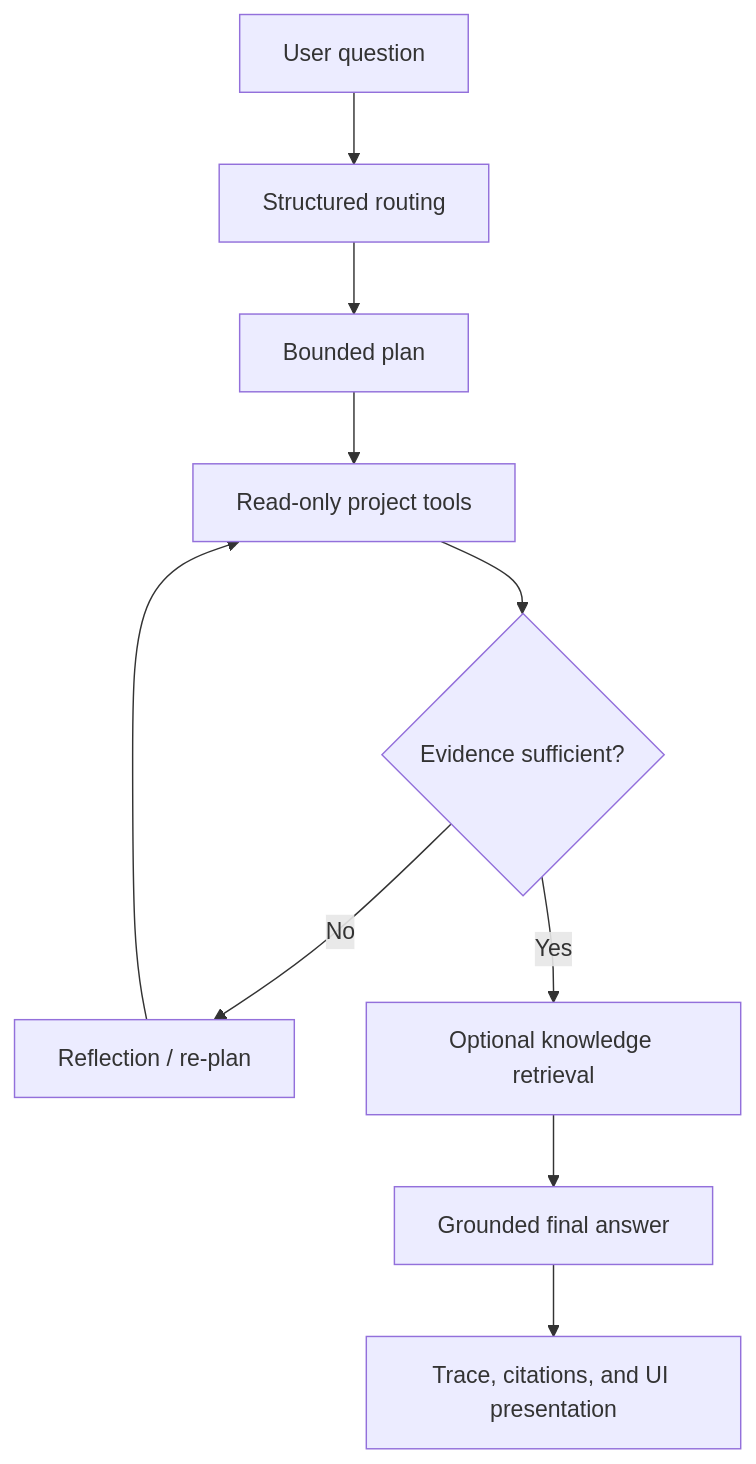
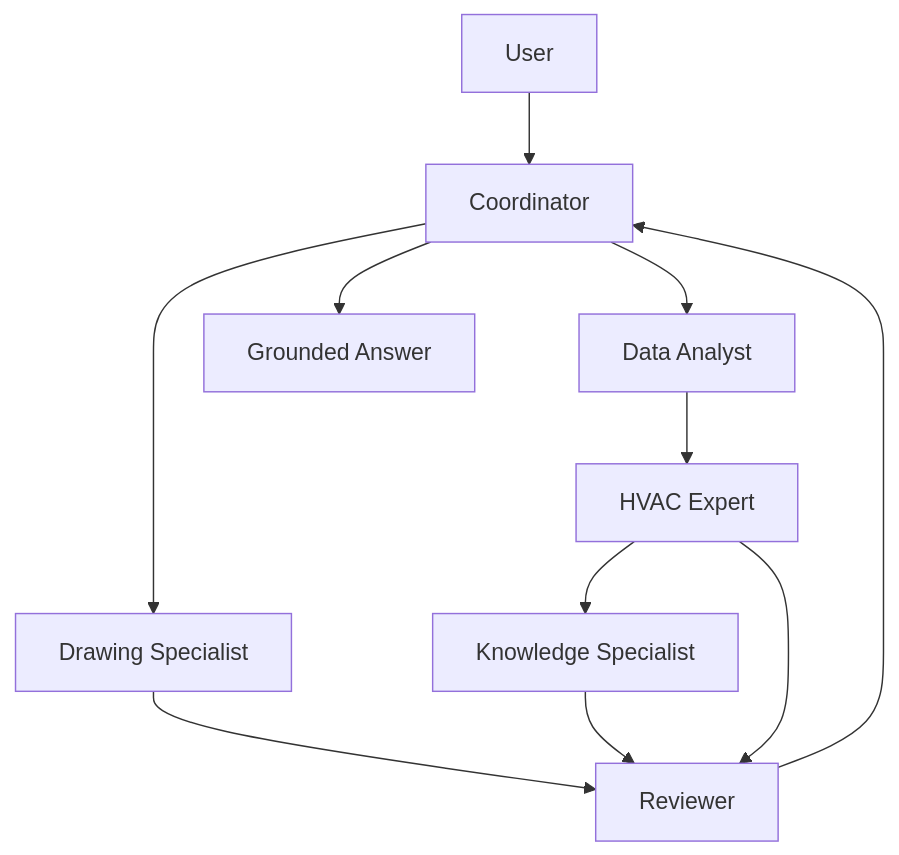
The second of 3 diagrams in README.md (KaedeharaT/hvac-ai-analyzer), drawn with Mermaid before and after one commit. The commit also changed other lines of this file and 10 other files, not shown here.

````diff
--- a/README.md
+++ b/README.md
@@ -97,12 +115,13 @@
 ```mermaid
 flowchart TD
-    Q[User question] --> R[Structured routing]
-    R --> P[Bounded plan]
-    P --> T[Read-only project tools]
-    T --> E{Evidence sufficient?}
-    E -- No --> X[Reflection / re-plan]
-    X --> T
-    E -- Yes --> K[Optional knowledge retrieval]
-    K --> A[Grounded final answer]
-    A --> O[Trace, citations, and UI presentation]
+    U[User] --> C[Coordinator]
+    C --> D[Data Analyst]
+    C --> W[Drawing Specialist]
+    D --> H[HVAC Expert]
+    H --> K[Knowledge Specialist]
+    W --> R[Reviewer]
+    K --> R
+    H --> R
+    R --> C
+    C --> O[Grounded Answer]
 ```
````
